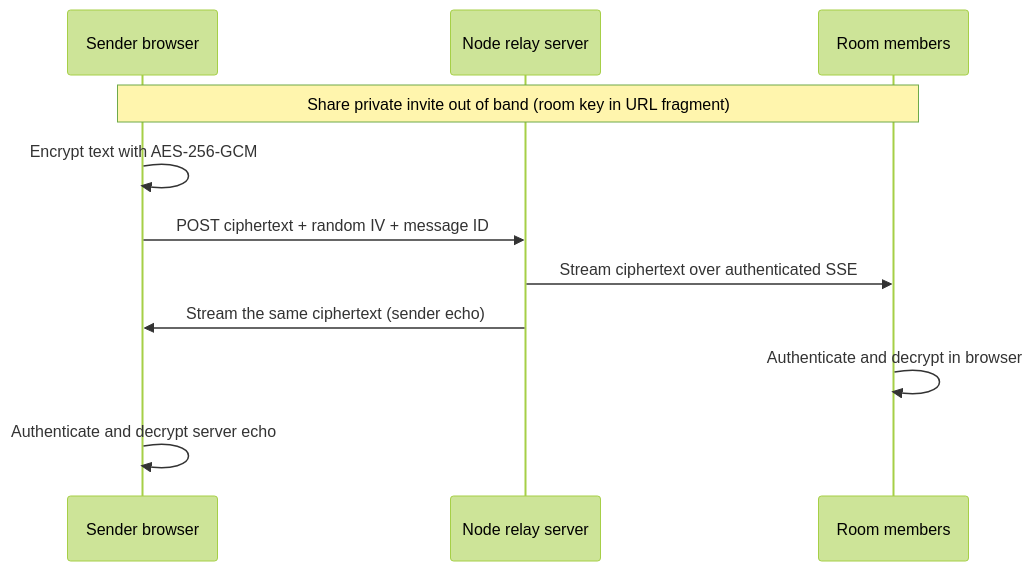
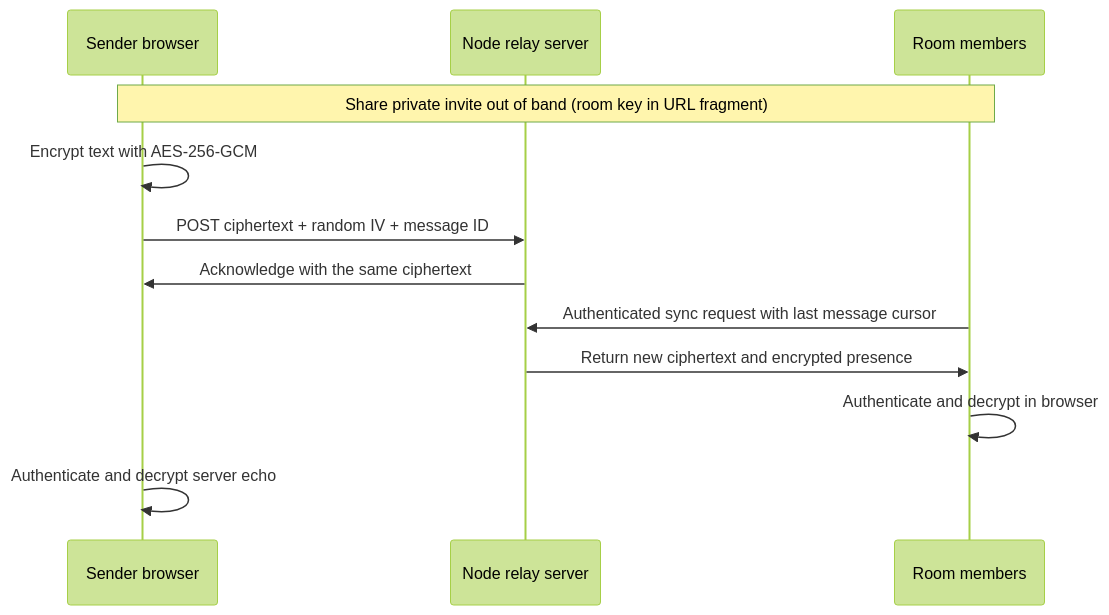
Before and after one commit to Vinyasvrao18/INS-research-project: the diagram in README.md, drawn with Mermaid (forest theme). The commit also changed other lines of this file and 12 other files, not shown here.

Commit message:
Fix stalled chat delivery, verify frontend flows, and add HTTPS sharing

````diff
--- a/README.md
+++ b/README.md
@@ -47,13 +85,14 @@
 ```mermaid
 sequenceDiagram
   participant A as Sender browser
   participant S as Node relay server
   participant B as Room members
   Note over A,B: Share private invite out of band (room key in URL fragment)
   A->>A: Encrypt text with AES-256-GCM
   A->>S: POST ciphertext + random IV + message ID
-  S->>B: Stream ciphertext over authenticated SSE
-  S->>A: Stream the same ciphertext (sender echo)
+  S->>A: Acknowledge with the same ciphertext
+  B->>S: Authenticated sync request with last message cursor
+  S->>B: Return new ciphertext and encrypted presence
   B->>B: Authenticate and decrypt in browser
   A->>A: Authenticate and decrypt server echo
 ```
````
